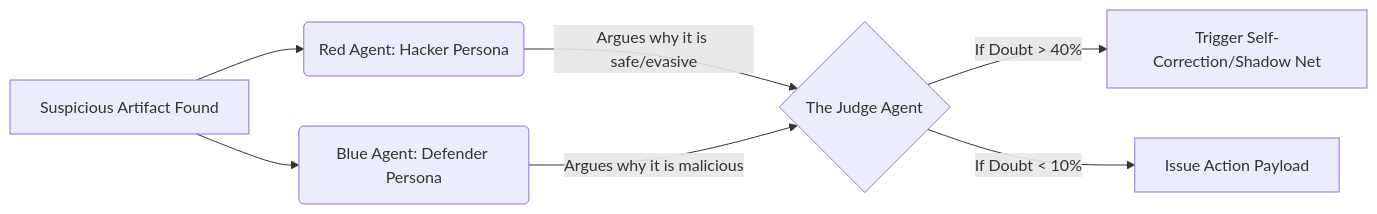
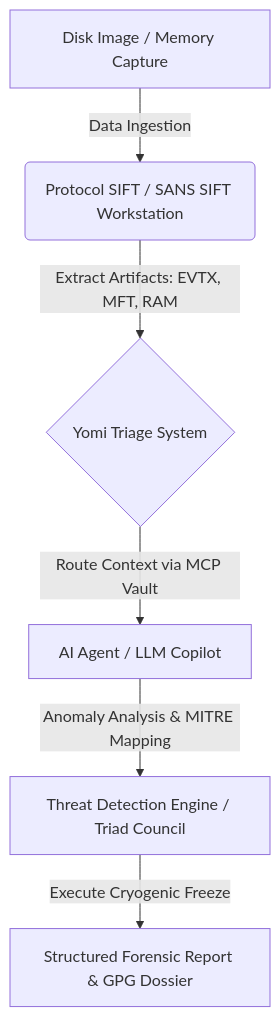
The first of 2 diagrams in README.md (ArcVielLouvent/yomi-triage-system), drawn with Mermaid before and after one commit. The commit also changed other lines of this file and 4 other files, not shown here.

Commit message:
Phase 3 (Stage 3.2): Implemented Infinite Sentinel Loop & refine Yomi Triage System README documentation

````diff
--- a/README.md
+++ b/README.md
@@ -149,9 +20,9 @@
 ```mermaid
-flowchart LR;
-    A[Suspicious Artifact Found] --> B(Red Agent: Hacker Persona)
-    A --> C(Blue Agent: Defender Persona)
-    B -->|Argues why it is safe/evasive| D{The Judge Agent}
-    C -->|Argues why it is malicious| D
-    D -->|If Doubt > 40%| E[Trigger Self-Correction/Shadow Net]
-    D -->|If Doubt < 10%| F[Issue Action Payload]
+graph TD;
+    A[Disk Image / Memory Capture] -->|Data Ingestion| B(Protocol SIFT / SANS SIFT Workstation)
+    B -->|Extract Artifacts: EVTX, MFT, RAM| C{Yomi Triage System}
+    C -->|Route Context via MCP Vault| D[AI Agent / LLM Copilot]
+    D -->|Anomaly Analysis & MITRE Mapping| E[Threat Detection Engine / Triad Council]
+    E -->|Execute Cryogenic Freeze| F[Structured Forensic Report & GPG Dossier]
+
 ```
````
